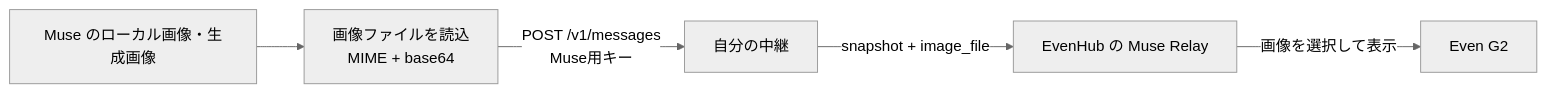
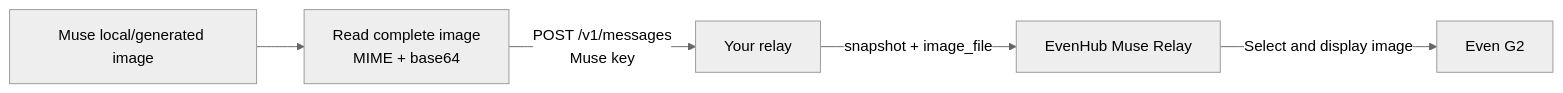
One commit to 3mintimer/muse-relay changed the fourth of 5 diagrams in docs/protocol.md. Above: the diagram before and after it, drawn with Mermaid (neutral theme). The commit also changed other lines of this file and 49 other files, not shown here.

````diff
--- a/docs/protocol.md
+++ b/docs/protocol.md
@@ -256,7 +258,7 @@
 ```mermaid
 flowchart LR
-  File["Muse のローカル画像・生成画像"] --> Read["画像ファイルを読込\nMIME + base64"]
-  Read -->|"POST /v1/messages\nMuse用キー"| Relay["自分の中継"]
-  Relay -->|"snapshot + image_file"| Hub["EvenHub の Muse Relay"]
-  Hub -->|"画像を選択して表示"| G2["Even G2"]
+  File["Muse local/generated image"] --> Read["Read complete image\nMIME + base64"]
+  Read -->|"POST /v1/messages\nMuse key"| Relay[Your relay]
+  Relay -->|snapshot + image_file| Hub[EvenHub Muse Relay]
+  Hub -->|Select and display image| G2[Even G2]
 ```
````
